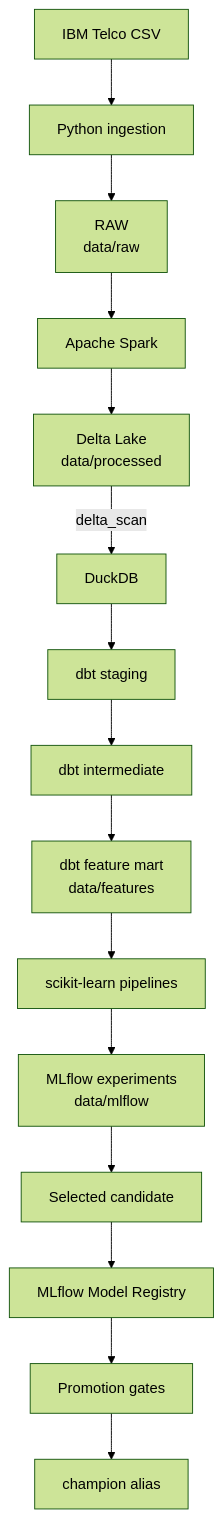
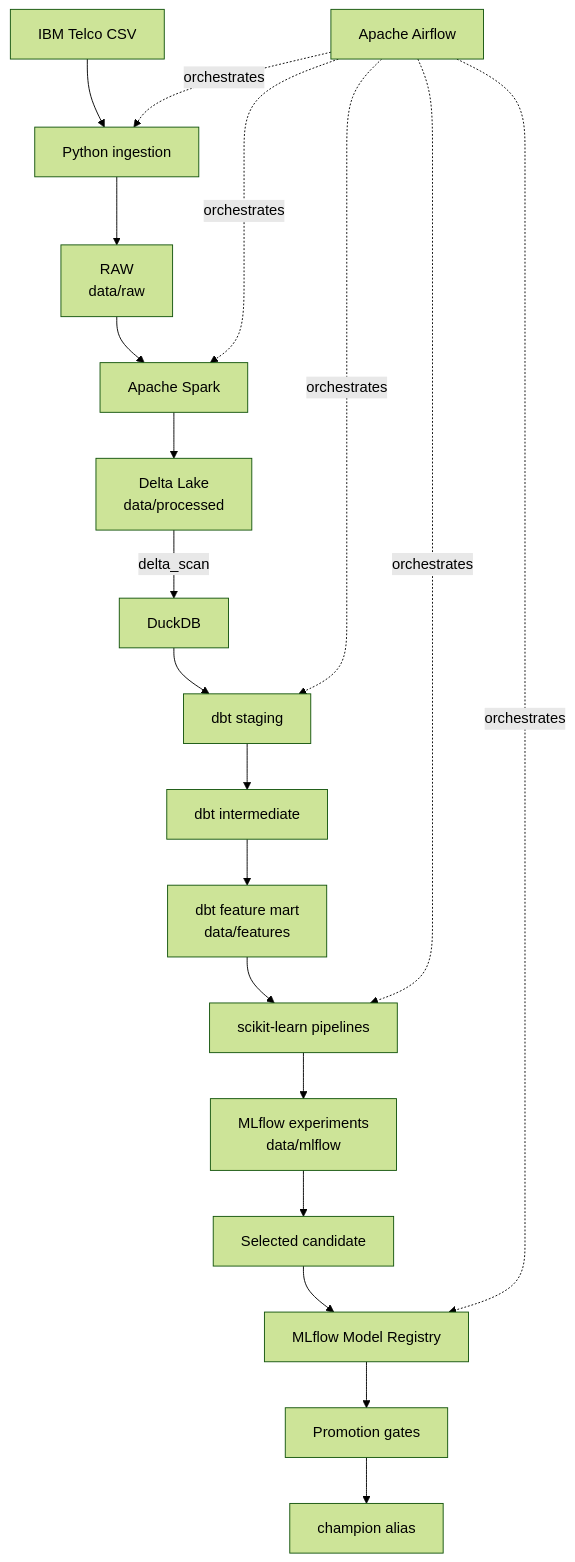
One commit to CerenDc/mlops-customer-churn-platform changed the diagram in README.md. Above: the diagram before and after it, drawn with Mermaid (forest theme). The commit also changed other lines of this file and 17 other files, not shown here.

Commit message:
feat: add Apache Airflow MLOps orchestration

````diff
--- a/README.md
+++ b/README.md
@@ -25,17 +25,22 @@
 ```mermaid
 flowchart TD
+    Z[Apache Airflow] -. orchestrates .-> B
     A[IBM Telco CSV] --> B[Python ingestion]
     B --> C[RAW<br/>data/raw]
     C --> D[Apache Spark]
     D --> E[Delta Lake<br/>data/processed]
     E -->|delta_scan| F[DuckDB]
     F --> G[dbt staging]
     G --> H[dbt intermediate]
     H --> I[dbt feature mart<br/>data/features]
     I --> J[scikit-learn pipelines]
     J --> K[MLflow experiments<br/>data/mlflow]
     K --> L[Selected candidate]
     L --> M[MLflow Model Registry]
     M --> N[Promotion gates]
     N --> O[champion alias]
+    Z -. orchestrates .-> D
+    Z -. orchestrates .-> G
+    Z -. orchestrates .-> J
+    Z -. orchestrates .-> M
 ```
````
